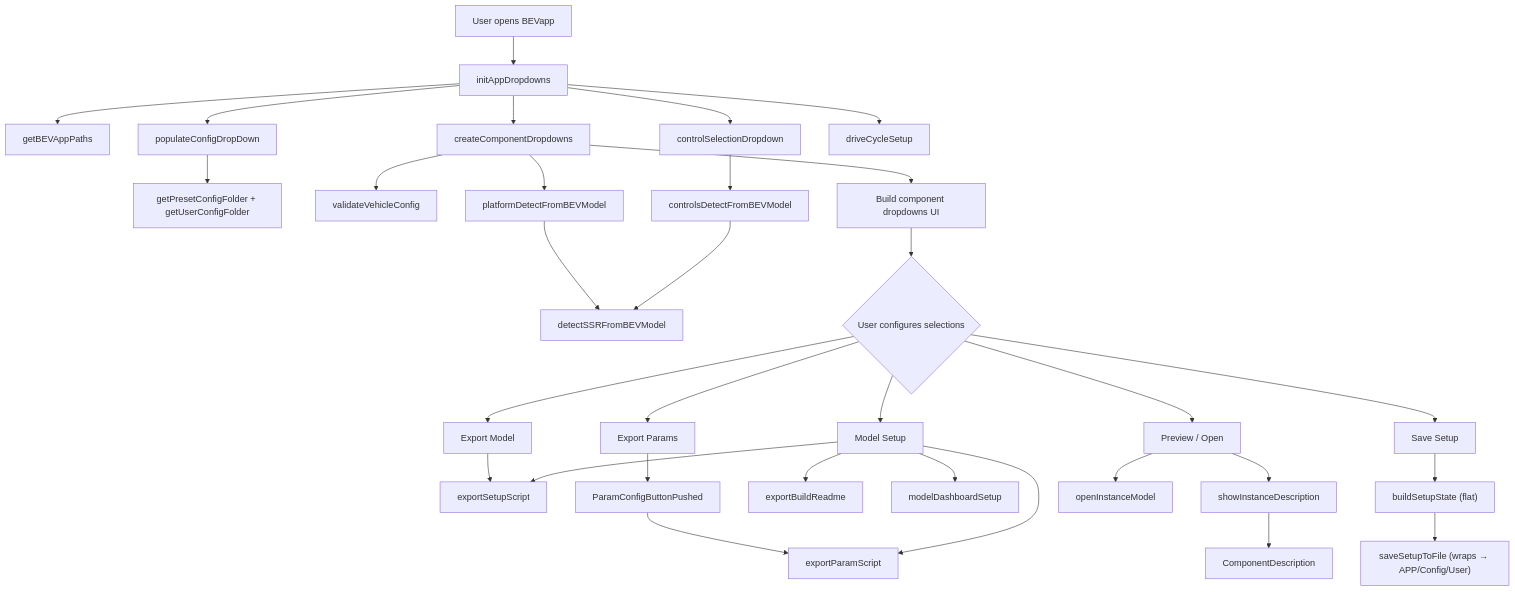
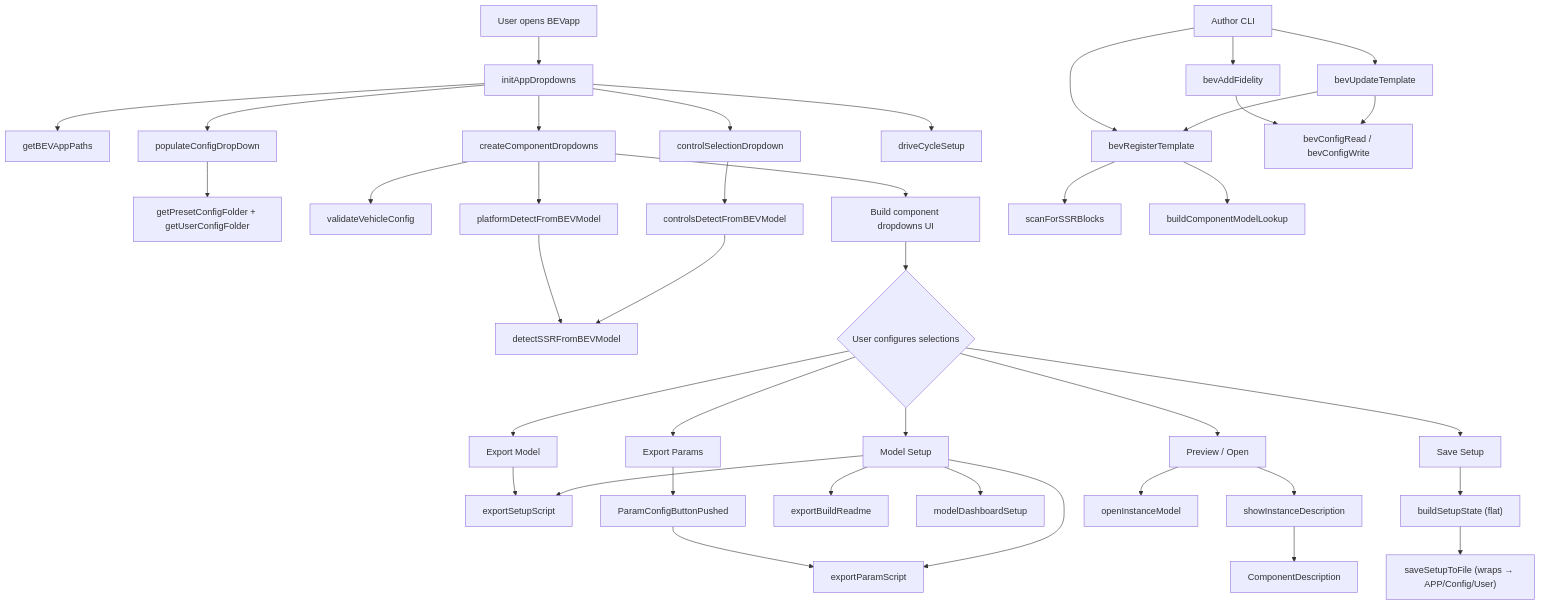
The diagram in APP/API/README.md (simscape/Electric-Vehicle-Simscape), drawn with Mermaid before and after one commit. The commit also changed other lines of this file and 45 other files, not shown here.

````diff
--- a/APP/API/README.md
+++ b/APP/API/README.md
@@ -98,41 +111,50 @@
 ```mermaid
 flowchart TD
     A[User opens BEVapp] --> B[initAppDropdowns]
     B --> B1[getBEVAppPaths]
     B --> B2[populateConfigDropDown]
     B2 --> B3[getPresetConfigFolder + getUserConfigFolder]
 
     B --> C[createComponentDropdowns]
     C --> D[validateVehicleConfig]
     C --> E[platformDetectFromBEVModel]
     E --> F[detectSSRFromBEVModel]
     C --> G[Build component dropdowns UI]
 
     B --> H[controlSelectionDropdown]
     H --> I[controlsDetectFromBEVModel]
     I --> F
 
     B --> J[driveCycleSetup]
 
     G --> K{User configures selections}
     K --> L[Export Model]
     K --> M[Export Params]
     K --> N[Model Setup]
 
     L --> O[exportSetupScript]
     M --> P[ParamConfigButtonPushed]
     P --> Q[exportParamScript]
     N --> O
     N --> Q
     N --> NR[exportBuildReadme]
     N --> R[modelDashboardSetup]
 
     K --> S["Preview / Open"]
     S --> T[showInstanceDescription]
     S --> U[openInstanceModel]
     T --> V[ComponentDescription]
 
     K --> W[Save Setup]
     W --> X["buildSetupState (flat)"]
     X --> Y["saveSetupToFile (wraps → APP/Config/User)"]
+
+    Z[Author CLI] --> Z1[bevRegisterTemplate]
+    Z1 --> Z2[scanForSSRBlocks]
+    Z1 --> Z3[buildComponentModelLookup]
+    Z --> Z4[bevAddFidelity]
+    Z --> Z5[bevUpdateTemplate]
+    Z5 --> Z1
+    Z4 --> Z6[bevConfigRead / bevConfigWrite]
+    Z5 --> Z6
 ```
````
